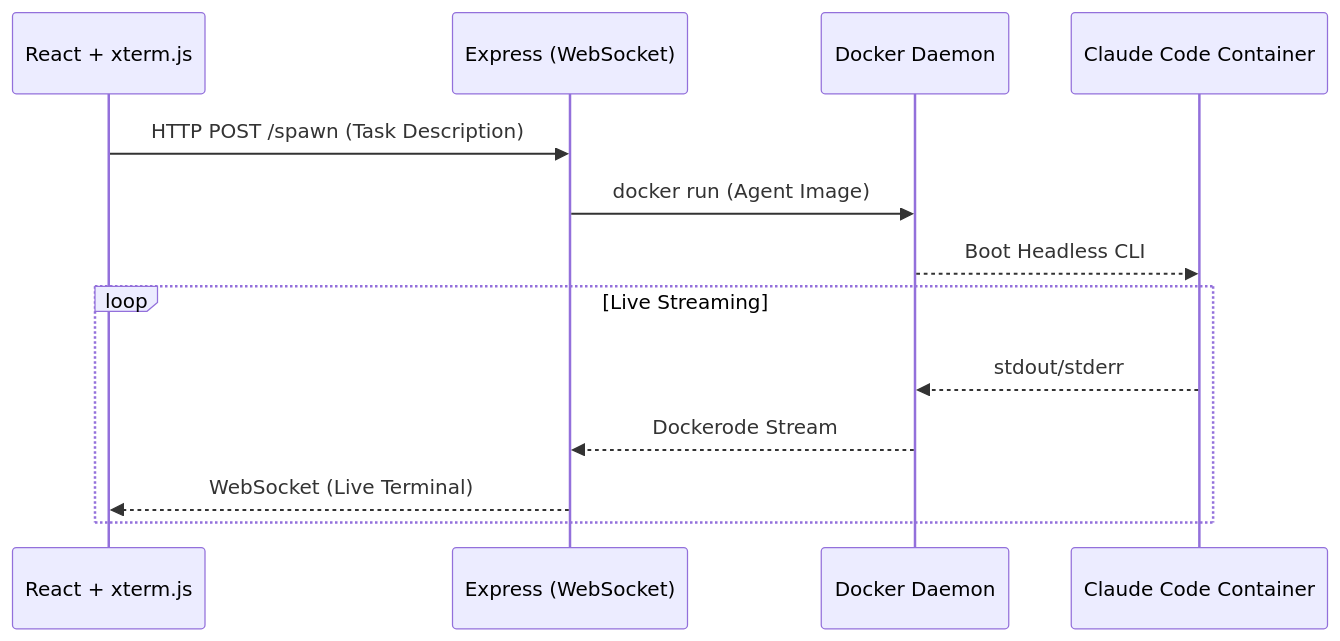
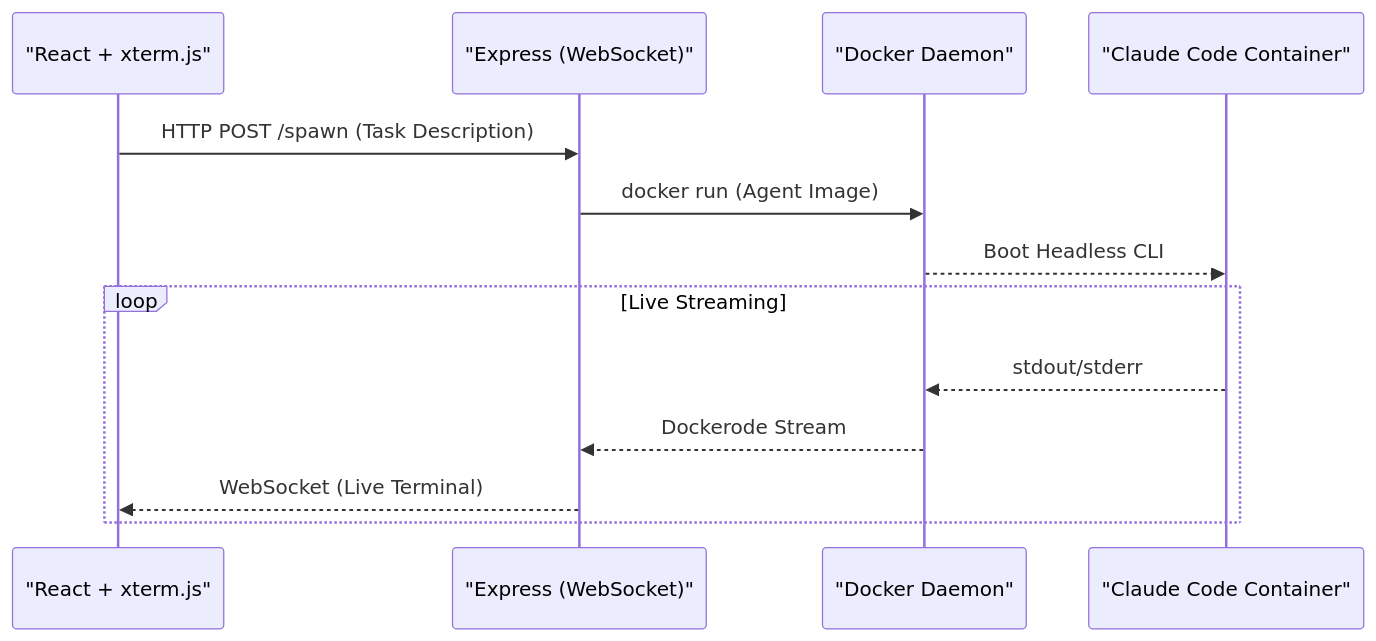
One commit to seed-gpt/fatherClaw changed the diagram in README.md. Above: the diagram before and after it, drawn with Mermaid.

Commit message:
docs: rewrite README for 2026 launch with viral format

````diff
--- a/README.md
+++ b/README.md
@@ -92,16 +92,16 @@
 ```mermaid
 sequenceDiagram
-    participant Browser as React + xterm.js
-    participant Server as Express (WebSocket)
-    participant Docker as Docker Daemon
-    participant Agent as Claude Code Container
+    participant Browser as "React + xterm.js"
+    participant Server as "Express (WebSocket)"
+    participant Docker as "Docker Daemon"
+    participant Agent as "Claude Code Container"
 
     Browser->>Server: HTTP POST /spawn (Task Description)
     Server->>Docker: docker run (Agent Image)
     Docker-->>Agent: Boot Headless CLI
     loop Live Streaming
         Agent-->>Docker: stdout/stderr
         Docker-->>Server: Dockerode Stream
         Server-->>Browser: WebSocket (Live Terminal)
     end
 ```
````
